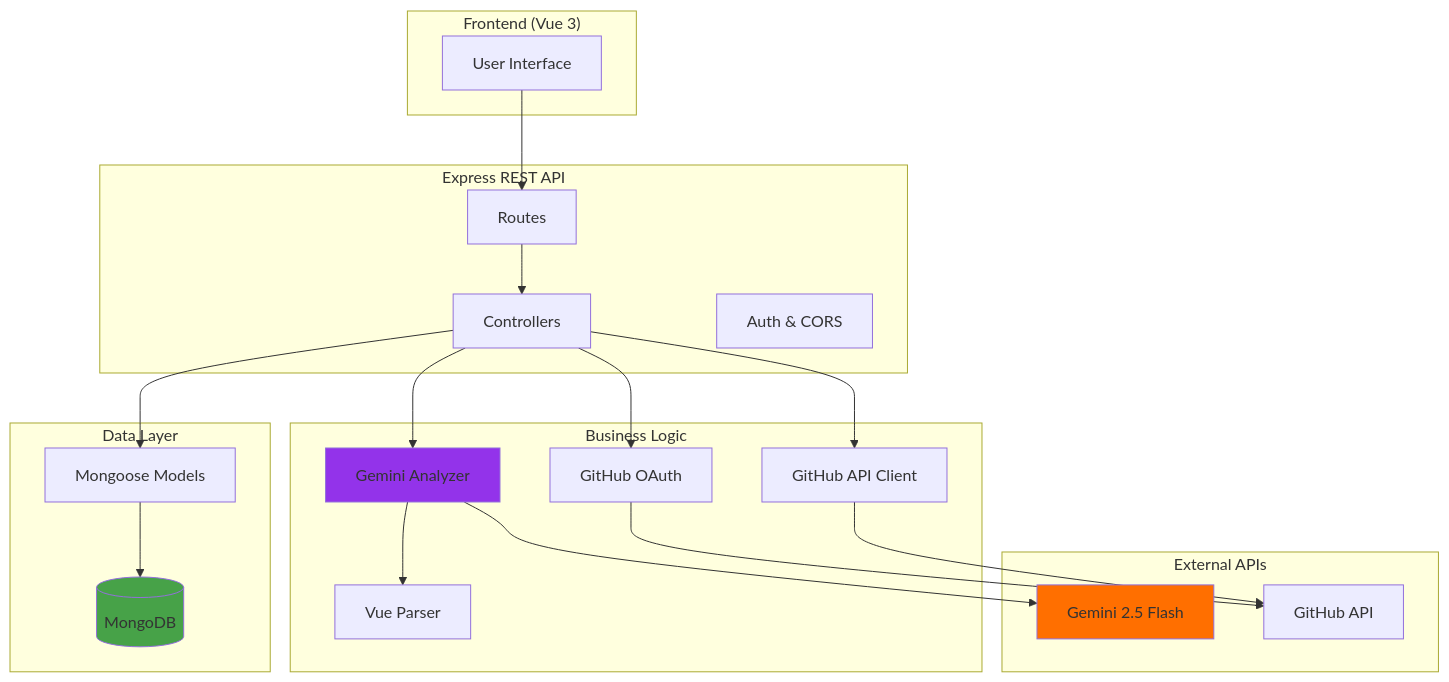
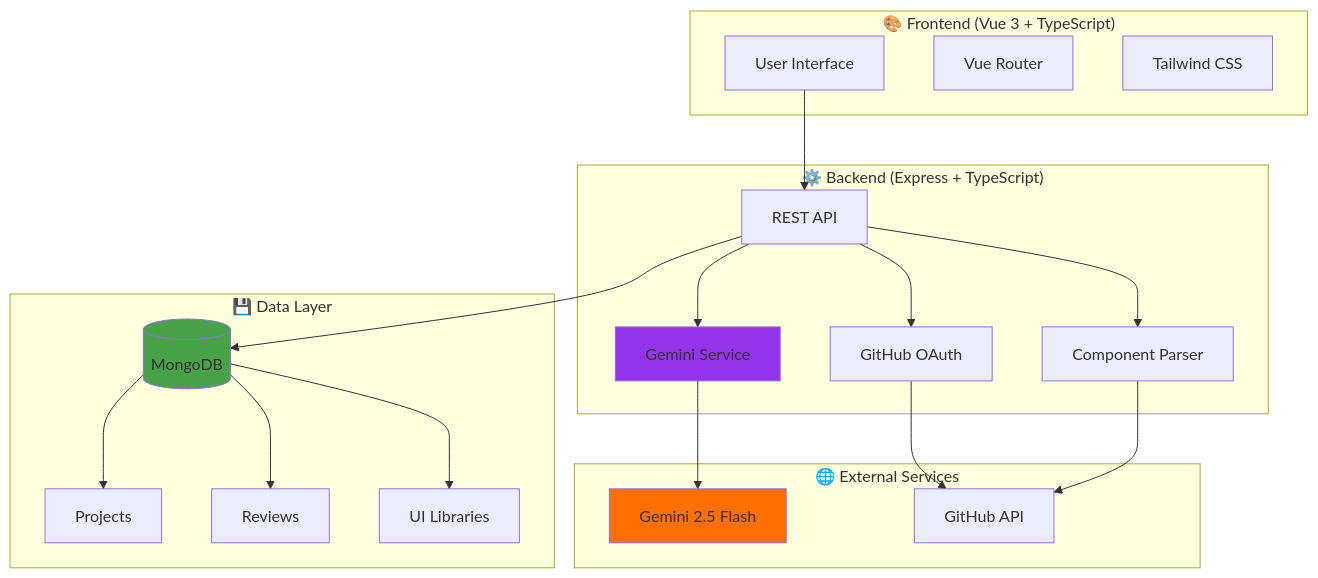
The second of 3 diagrams in README.md (hammad-ghl/kickoff), drawn with Mermaid before and after one commit. The commit also changed other lines of this file, not shown here.

````diff
--- a/README.md
+++ b/README.md
@@ -34,48 +107,45 @@
 ```mermaid
 flowchart TB
-    subgraph Client["Frontend (Vue 3)"]
+    subgraph Frontend["🎨 Frontend (Vue 3 + TypeScript)"]
         UI[User Interface]
+        Router[Vue Router]
+        State[Tailwind CSS]
     end
     
-    subgraph API["Express REST API"]
-        Routes[Routes]
-        Controllers[Controllers]
-        Middleware[Auth & CORS]
+    subgraph Backend["⚙️ Backend (Express + TypeScript)"]
+        API[REST API]
+        Auth[GitHub OAuth]
+        Gemini[Gemini Service]
+        Parser[Component Parser]
     end
     
-    subgraph Services["Business Logic"]
-        Auth[GitHub OAuth]
-        GitHubAPI[GitHub API Client]
-        GeminiService[Gemini Analyzer]
-        Parser[Vue Parser]
+    subgraph Data["💾 Data Layer"]
+        MongoDB[(MongoDB)]
+        Projects[Projects]
+        Reviews[Reviews]
+        Libraries[UI Libraries]
     end
     
-    subgraph Storage["Data Layer"]
-        MongoDB[(MongoDB)]
-        Models[Mongoose Models]
+    subgraph External["🌐 External Services"]
+        GeminiAPI[Gemini 2.5 Flash]
+        GitHubAPI[GitHub API]
     end
     
-    subgraph External["External APIs"]
-        Gemini[Gemini 2.5 Flash]
-        GitHub[GitHub API]
-    end
+    UI --> API
+    API --> Auth
+    API --> Gemini
+    API --> Parser
     
-    UI --> Routes
-    Routes --> Controllers
-    Controllers --> Auth
-    Controllers --> GeminiService
-    Controllers --> GitHubAPI
+    Auth --> GitHubAPI
+    Gemini --> GeminiAPI
+    Parser --> GitHubAPI
     
-    Auth --> GitHub
-    GitHubAPI --> GitHub
-    GeminiService --> Gemini
+    API --> MongoDB
+    MongoDB --> Projects
+    MongoDB --> Reviews
+    MongoDB --> Libraries
     
-    Controllers --> Models
-    Models --> MongoDB
-    
-    GeminiService --> Parser
-    
-    style GeminiService fill:#9333ea
+    style Gemini fill:#9333ea
+    style GeminiAPI fill:#ff6f00
     style MongoDB fill:#47a248
-    style Gemini fill:#ff6f00
 ```
````
